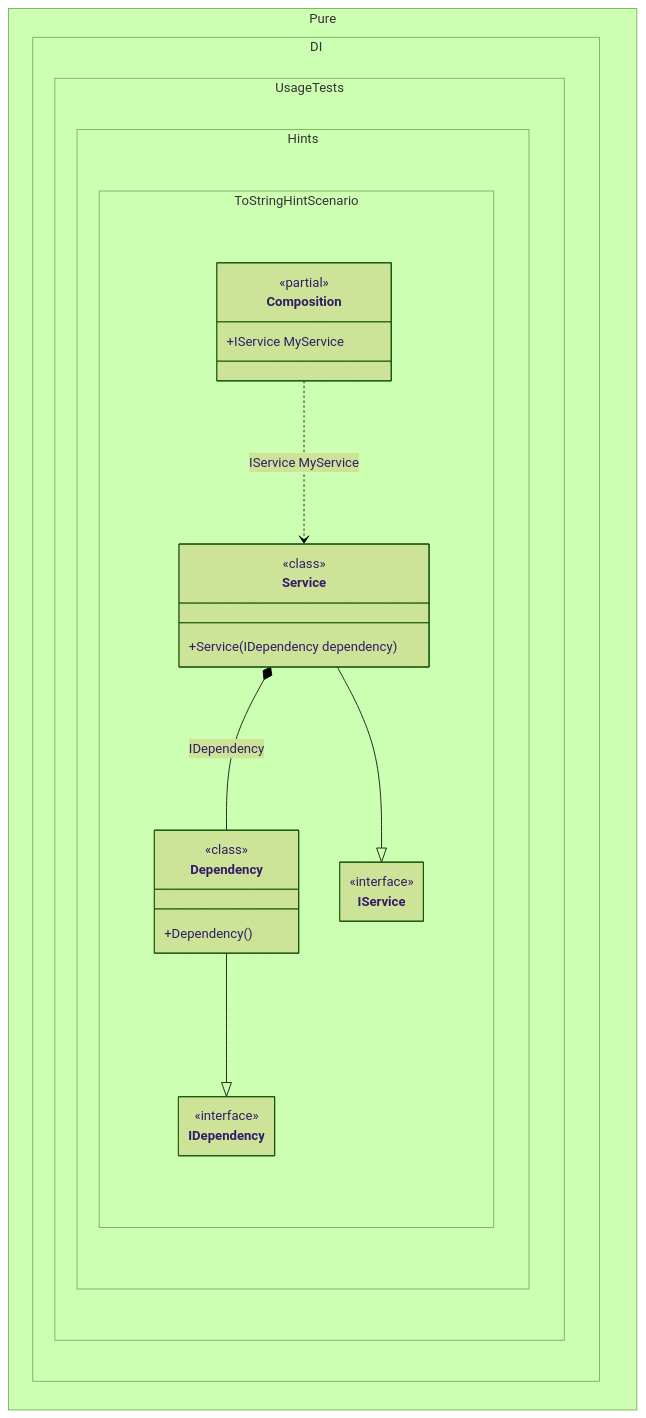
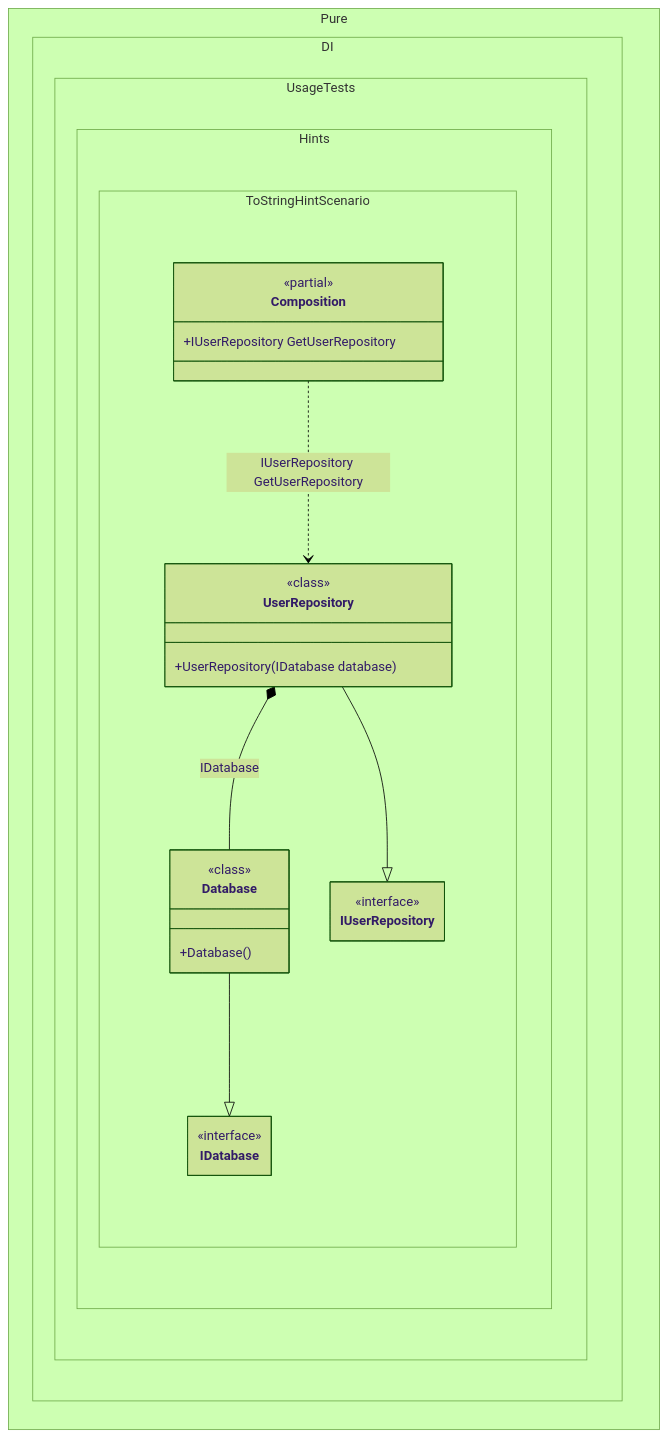
One commit to DevTeam/Pure.DI changed the diagram in readme/tostring-hint.md. Above: the diagram before and after it, drawn with Mermaid (forest theme). The commit also changed other lines of this file and 126 other files, not shown here.

````diff
--- a/readme/tostring-hint.md
+++ b/readme/tostring-hint.md
@@ -83,34 +84,34 @@
 ```mermaid
 ---
  config:
   maxTextSize: 2147483647
   maxEdges: 2147483647
   class:
    hideEmptyMembersBox: true
 ---
 classDiagram
-	Dependency --|> IDependency
-	Service --|> IService
-	Composition ..> Service : IService MyService
-	Service *--  Dependency : IDependency
+	Database --|> IDatabase
+	UserRepository --|> IUserRepository
+	Composition ..> UserRepository : IUserRepository GetUserRepository
+	UserRepository *--  Database : IDatabase
 	namespace Pure.DI.UsageTests.Hints.ToStringHintScenario {
 		class Composition {
 		<<partial>>
-		+IService MyService
+		+IUserRepository GetUserRepository
 		}
-		class Dependency {
+		class Database {
 				<<class>>
-			+Dependency()
+			+Database()
 		}
-		class IDependency {
+		class IDatabase {
 			<<interface>>
 		}
-		class IService {
+		class IUserRepository {
 			<<interface>>
 		}
-		class Service {
+		class UserRepository {
 				<<class>>
-			+Service(IDependency dependency)
+			+UserRepository(IDatabase database)
 		}
 	}
 ```
````
